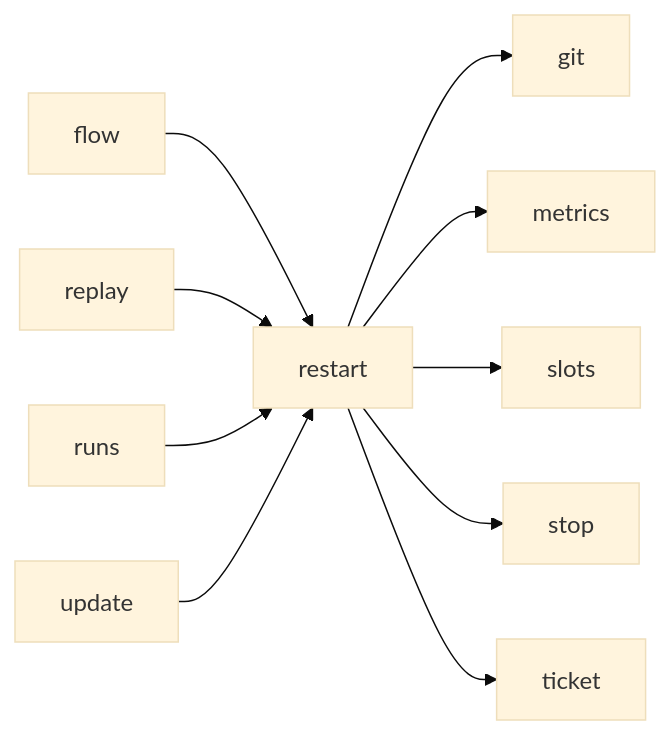
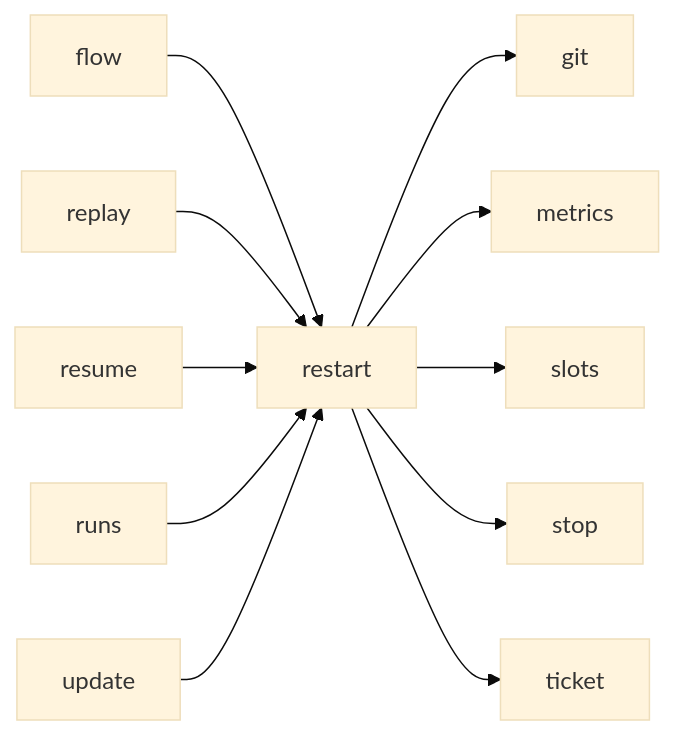
The third of 3 diagrams in docs/architecture/modules/restart.md (plaplanche/ariane), drawn with Mermaid (base theme) before and after one commit. The commit also changed other lines of this file and 43 other files, not shown here.

````diff
--- a/docs/architecture/modules/restart.md
+++ b/docs/architecture/modules/restart.md
@@ -81,12 +83,13 @@
 ```mermaid
 flowchart LR
   flow --> restart
   replay --> restart
   restart --> git
   restart --> metrics
   restart --> slots
   restart --> stop
   restart --> ticket
+  resume --> restart
   runs --> restart
   update --> restart
 ```
````
